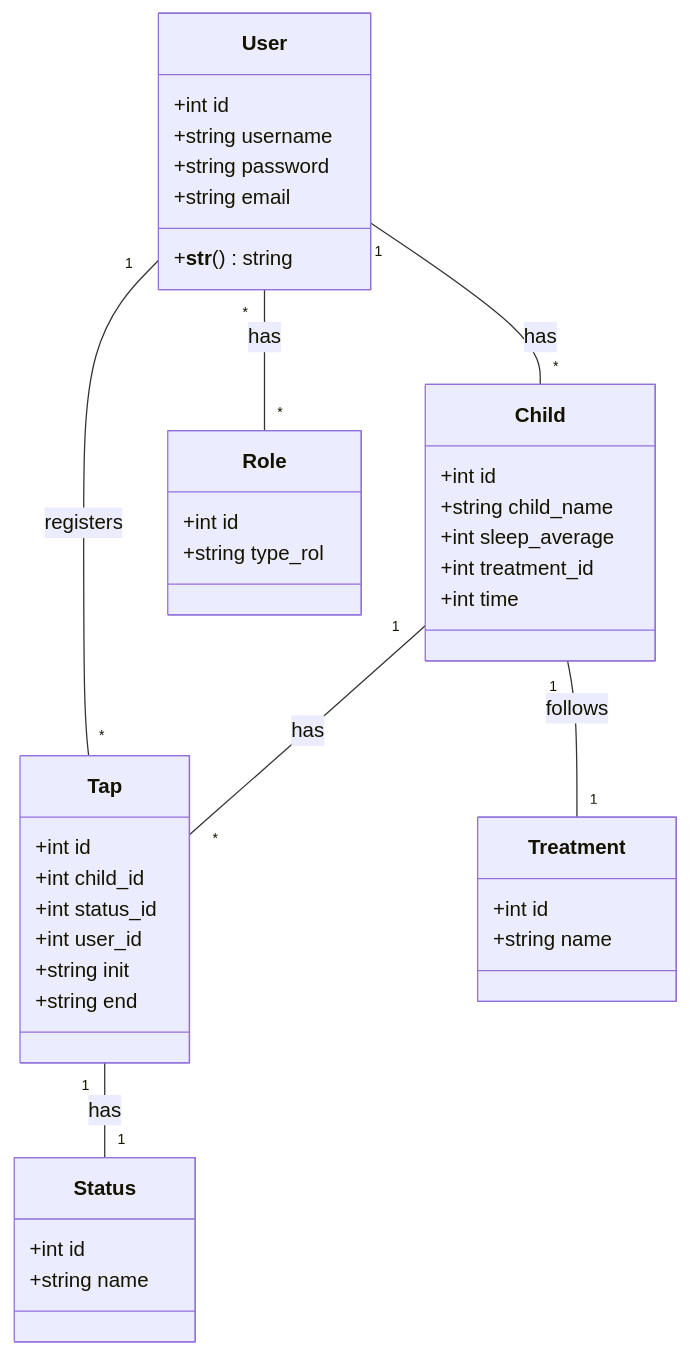
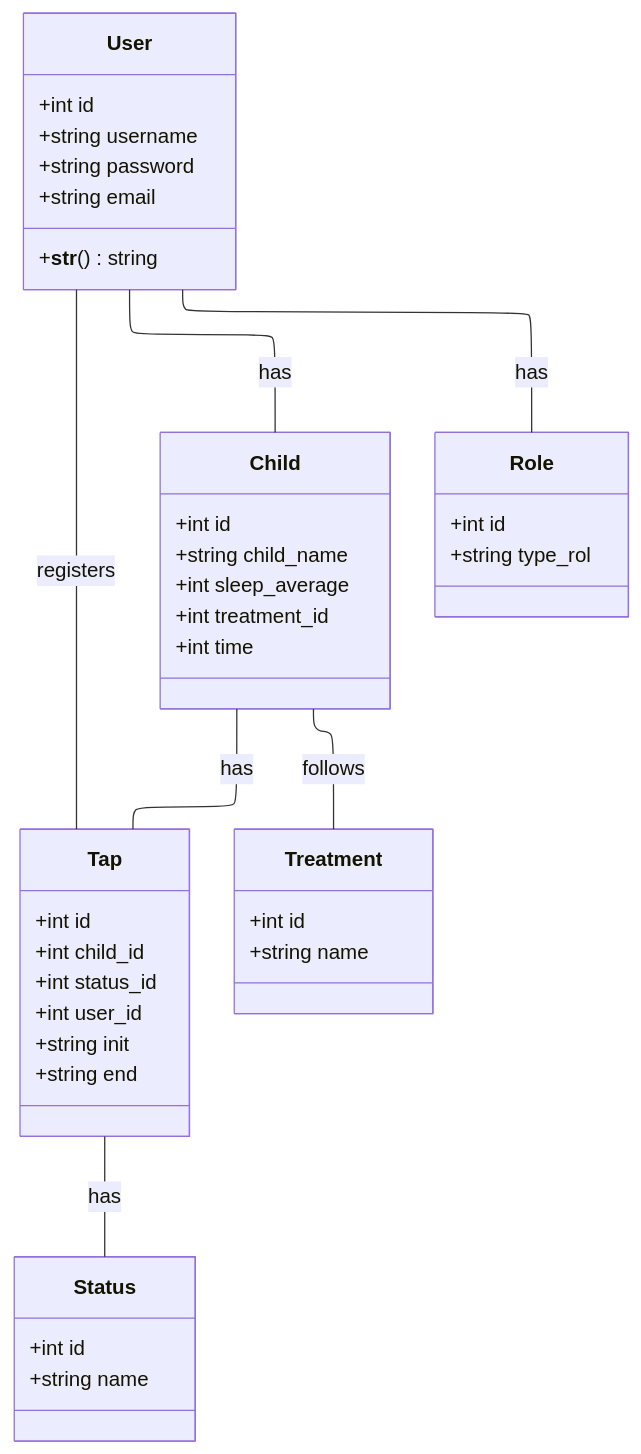
One commit to lauragrr1/tapatapp changed the diagram in Prototip2/dadesPro2.mmd. Above: the diagram before and after it, drawn with Mermaid. The commit also changed 1 other file, not shown here.

```diff
--- a/Prototip2/dadesPro2.mmd
+++ b/Prototip2/dadesPro2.mmd
@@ -1,47 +1,46 @@
+---
+config:
+  theme: default
+  layout: elk
+---
 classDiagram
     class User {
         +int id
         +string username
         +string password
         +string email
         +__str__() string
     }
-
     class Child {
         +int id
         +string child_name
         +int sleep_average
         +int treatment_id
         +int time
     }
-
     class Tap {
         +int id
         +int child_id
         +int status_id
         +int user_id
         +string init
         +string end
     }
-
     class Status {
         +int id
         +string name
     }
-
     class Role {
         +int id
         +string type_rol
     }
-
     class Treatment {
         +int id
         +string name
     }
-
-    User "1" -- "*" Child : has
-    User "1" -- "*" Tap : registers
-    Child "1" -- "*" Tap : has
-    Tap "1" -- "1" Status : has
-    Child "1" -- "1" Treatment : follows
-    User "*" -- "*" Role : has
+    User -- Child : has
+    User -- Tap : registers
+    Child -- Tap : has
+    Tap -- Status : has
+    Child -- Treatment : follows
+    User -- Role : has
```
